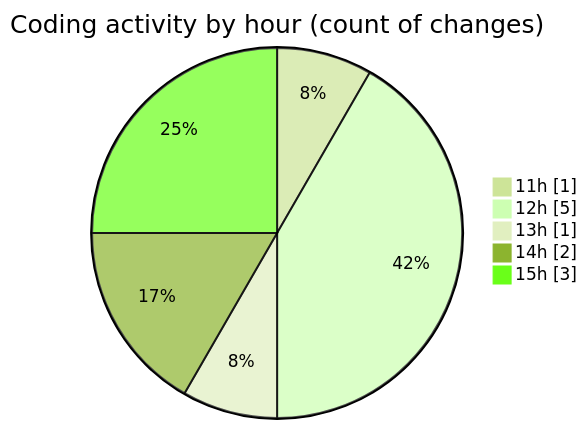
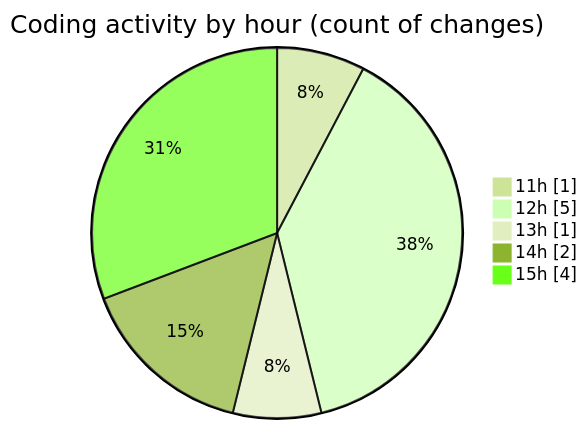
Before and after one commit to nxtqubesakshisongat/code-tracking: the second of 2 diagrams in 2025-11-13/argos/README.md, drawn with Mermaid (forest theme). The commit also changed other lines of this file and 1 other file, not shown here.

````diff
--- a/2025-11-13/argos/README.md
+++ b/2025-11-13/argos/README.md
@@ -35,9 +36,9 @@
 ```mermaid
 pie showData
 title Coding activity by hour (count of changes)
 "11h" : 1
 "12h" : 5
 "13h" : 1
 "14h" : 2
-"15h" : 3
+"15h" : 4
 ```
````
